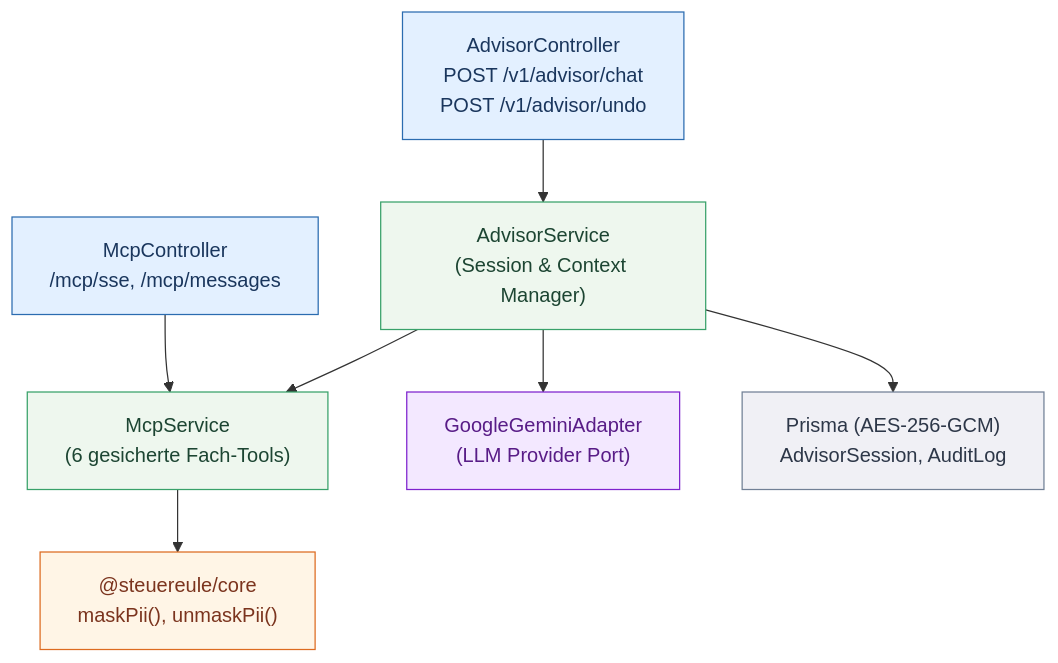
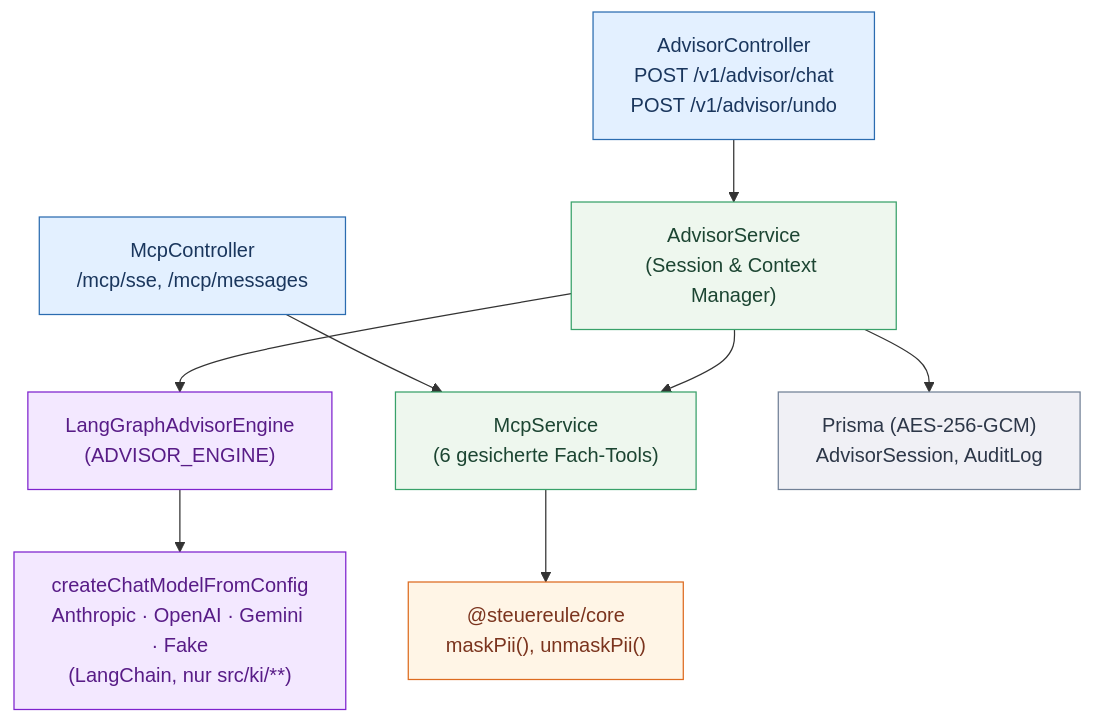
Before and after one commit to NexusHero/Steuereule: the eighth of 10 diagrams in docs/architecture-subsystems.md, drawn with Mermaid. The commit also changed other lines of this file and 4 other files, not shown here.

First line of the commit message:
docs(architecture): the hexagon, drawn and explained

````diff
--- a/docs/architecture-subsystems.md
+++ b/docs/architecture-subsystems.md
@@ -255,27 +256,29 @@
 ```mermaid
 flowchart TD
   classDef ctrl fill:#e3f0ff,stroke:#2b6cb0,color:#1a365d;
   classDef svc fill:#eef7ee,stroke:#38a169,color:#1c4532;
   classDef core fill:#fff5e6,stroke:#dd6b20,color:#7b341e;
   classDef db fill:#f0f0f5,stroke:#718096,color:#2d3748;
   classDef port fill:#f3e8ff,stroke:#7e22ce,color:#581c87;
 
   AdvisorCtrl["AdvisorController\nPOST /v1/advisor/chat\nPOST /v1/advisor/undo"]:::ctrl
   McpCtrl["McpController\n/mcp/sse, /mcp/messages"]:::ctrl
 
   AdvisorSvc["AdvisorService\n(Session & Context Manager)"]:::svc
   McpSvc["McpService\n(6 gesicherte Fach-Tools)"]:::svc
 
   PiiMask["@steuereule/core\nmaskPii(), unmaskPii()"]:::core
-  GeminiAdapter["GoogleGeminiAdapter\n(LLM Provider Port)"]:::port
+  AdvisorEngine["LangGraphAdvisorEngine\n(ADVISOR_ENGINE)"]:::port
+  ModelFactory["createChatModelFromConfig\nAnthropic · OpenAI · Gemini · Fake\n(LangChain, nur src/ki/**)"]:::port
 
   PrismaAdvisor["Prisma (AES-256-GCM)\nAdvisorSession, AuditLog"]:::db
 
   AdvisorCtrl --> AdvisorSvc
   McpCtrl --> McpSvc
 
-  AdvisorSvc --> GeminiAdapter
+  AdvisorSvc --> AdvisorEngine
+  AdvisorEngine --> ModelFactory
   AdvisorSvc --> McpSvc
   McpSvc --> PiiMask
   AdvisorSvc --> PrismaAdvisor
 ```
````
